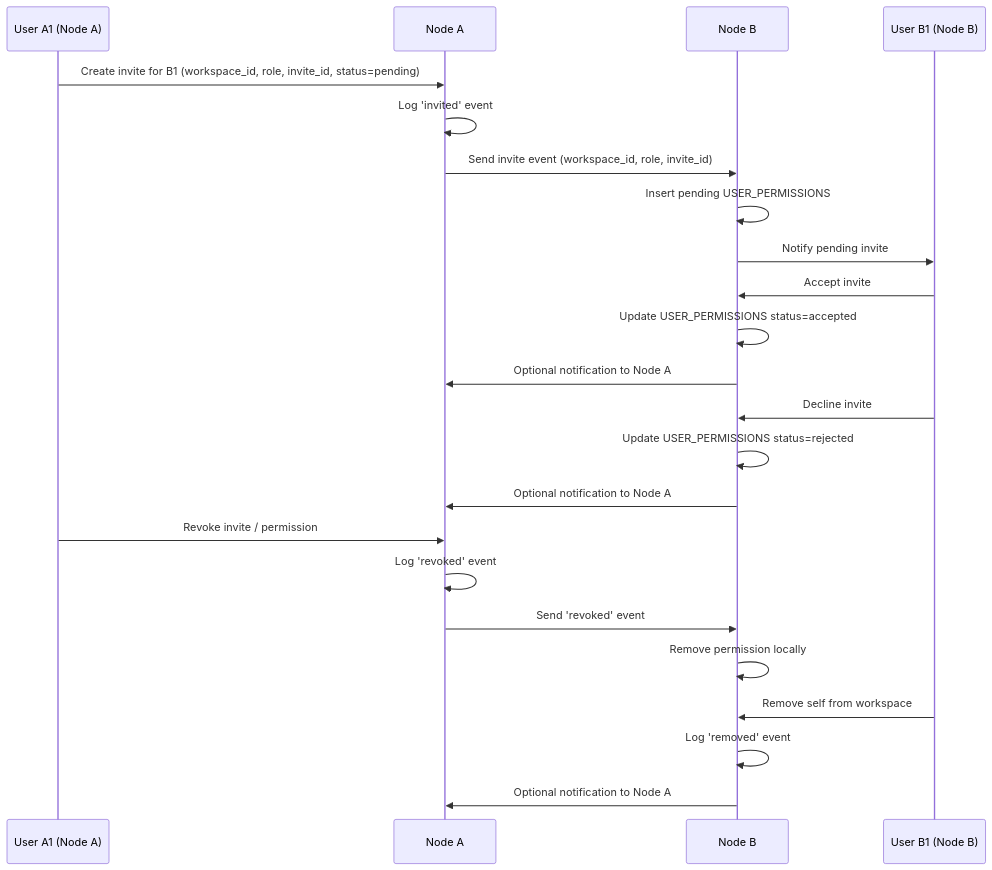
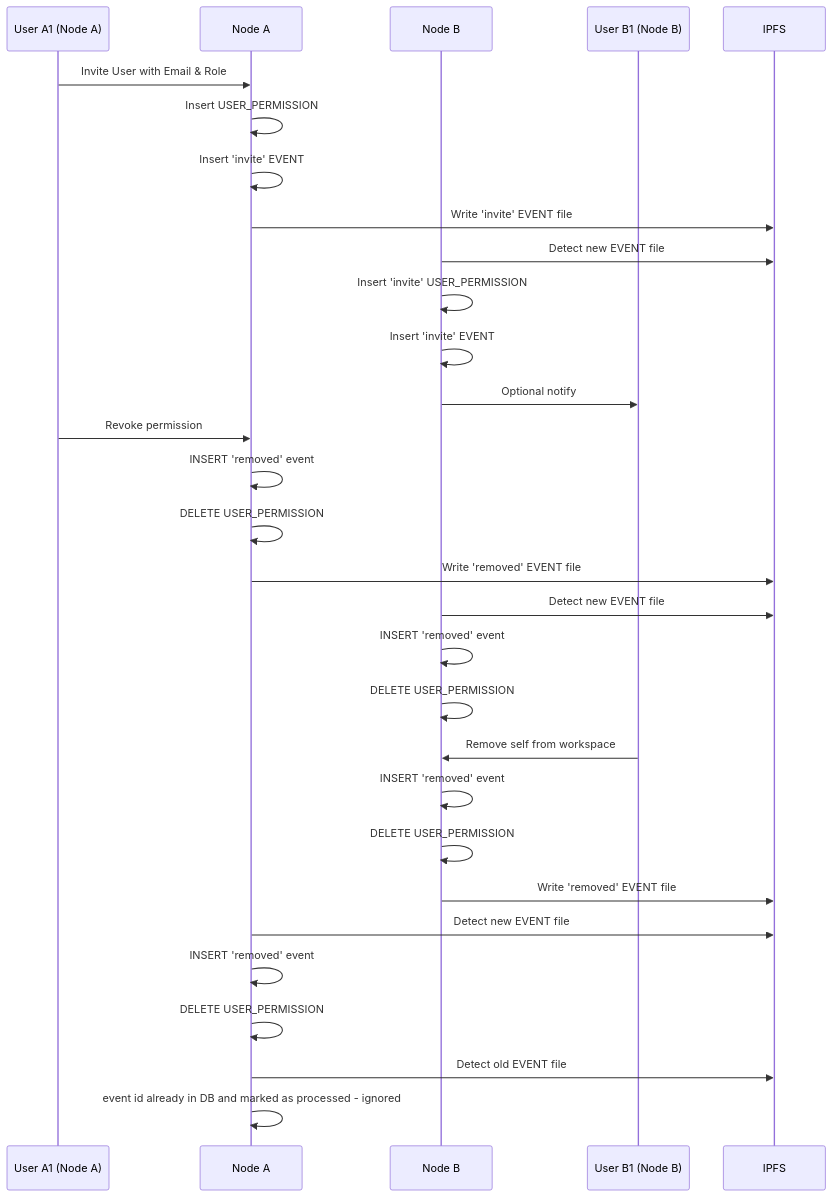
The diagram in doc/Architecture/workflows/proposed/#292-Private-workspace-permissions-across-IPFS-nodes/#292-Private-workspace-permissions-across-IPFS-nodes.md (openkfw/TruSpace), drawn with Mermaid before and after one commit. The commit also changed other lines of this file and 4 other files, not shown here.

````diff
--- a/doc/Architecture/workflows/proposed/#292-Private-workspace-permissions-across-IPFS-nodes/#292-Private-workspace-permissions-across-IPFS-nodes.md
+++ b/doc/Architecture/workflows/proposed/#292-Private-workspace-permissions-across-IPFS-nodes/#292-Private-workspace-permissions-across-IPFS-nodes.md
@@ -89,37 +74,42 @@
 ```mermaid
 sequenceDiagram
     participant A1 as User A1 (Node A)
-    participant NodeA_DB as Node A
-    participant NodeB_DB as Node B
+    participant NodeA as Node A
+    participant NodeB as Node B
     participant B1 as User B1 (Node B)
+    participant IPFS as IPFS
 
     %% Invite creation
-    A1->>NodeA_DB: Create invite for B1 (workspace_id, role, invite_id, status=pending)
-    NodeA_DB->>NodeA_DB: Log 'invited' event
+    A1->>NodeA: Invite User with Email & Role
+    NodeA->>NodeA: Insert USER_PERMISSION
+    NodeA->>NodeA: Insert 'invite' EVENT
+    NodeA->>IPFS: Write 'invite' EVENT file
 
-    %% Deliver invite to target node
-    NodeA_DB->>NodeB_DB: Send invite event (workspace_id, role, invite_id)
-    NodeB_DB->>NodeB_DB: Insert pending USER_PERMISSIONS
-    NodeB_DB->>B1: Notify pending invite
-
-    %% Invite acceptance
-    B1->>NodeB_DB: Accept invite
-    NodeB_DB->>NodeB_DB: Update USER_PERMISSIONS status=accepted
-    NodeB_DB->>NodeA_DB: Optional notification to Node A
-
-    %% Invite rejection
-    B1->>NodeB_DB: Decline invite
-    NodeB_DB->>NodeB_DB: Update USER_PERMISSIONS status=rejected
-    NodeB_DB->>NodeA_DB: Optional notification to Node A
+    %% Remote nodes process invite
+    NodeB->>IPFS: Detect new EVENT file
+    NodeB->>NodeB: Insert 'invite' USER_PERMISSION
+    NodeB->>NodeB: Insert 'invite' EVENT
+    NodeB->>B1: Optional notify
 
     %% Invite revocation by inviter
-    A1->>NodeA_DB: Revoke invite / permission
-    NodeA_DB->>NodeA_DB: Log 'revoked' event
-    NodeA_DB->>NodeB_DB: Send 'revoked' event
-    NodeB_DB->>NodeB_DB: Remove permission locally
+    A1->>NodeA: Revoke permission
+    NodeA->>NodeA: INSERT 'removed' event
+    NodeA->>NodeA: DELETE USER_PERMISSION
+    NodeA->>IPFS: Write 'removed' EVENT file
+    NodeB->>IPFS: Detect new EVENT file
+    NodeB->>NodeB: INSERT 'removed' event
+    NodeB->>NodeB: DELETE USER_PERMISSION
 
     %% Self-removal
-    B1->>NodeB_DB: Remove self from workspace
-    NodeB_DB->>NodeB_DB: Log 'removed' event
-    NodeB_DB->>NodeA_DB: Optional notification to Node A
+    B1->>NodeB: Remove self from workspace
+    NodeB->>NodeB: INSERT 'removed' event
+    NodeB->>NodeB: DELETE USER_PERMISSION
+    NodeB->>IPFS: Write 'removed' EVENT file
+    NodeA->>IPFS:Detect new EVENT file
+    NodeA->>NodeA: INSERT 'removed' event
+    NodeA->>NodeA: DELETE USER_PERMISSION
+
+    %% Event already processed
+    NodeA->>IPFS:Detect old EVENT file
+    NodeA->>NodeA: event id already in DB and marked as processed - ignored
 ```
````
